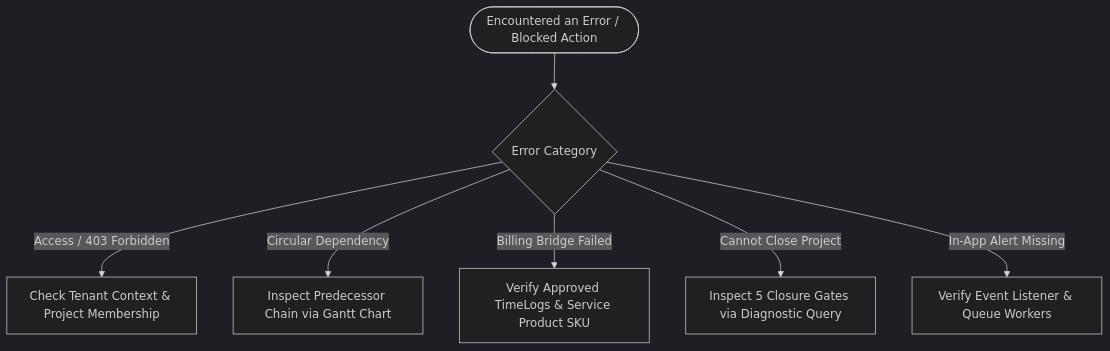
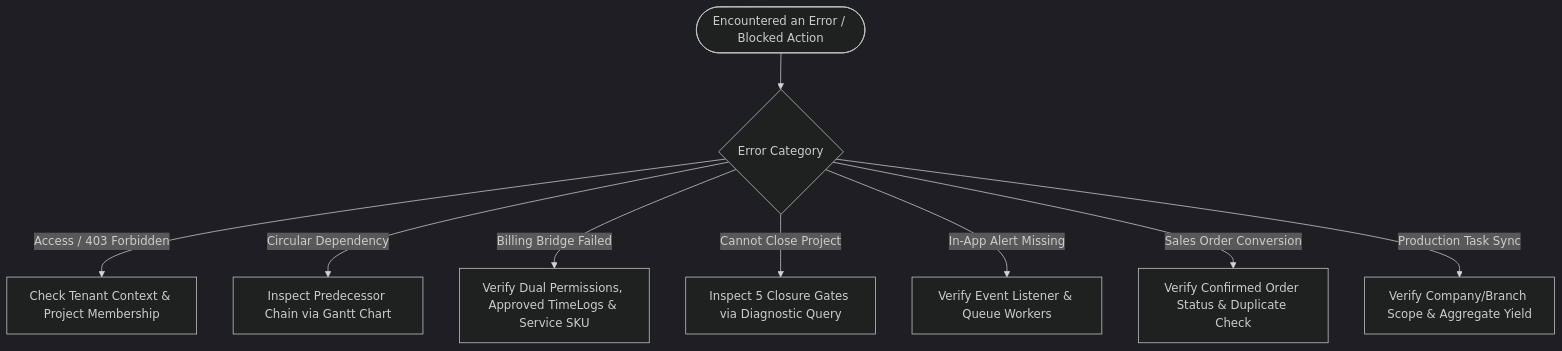
One commit to Warrgyizmorsch/wm-product-saas changed the diagram in docs/user-manuals/project-management/TROUBLESHOOTING.md. Above: the diagram before and after it, drawn with Mermaid (dark theme). The commit also changed other lines of this file and 23 other files, not shown here.

````diff
--- a/docs/user-manuals/project-management/TROUBLESHOOTING.md
+++ b/docs/user-manuals/project-management/TROUBLESHOOTING.md
@@ -5,10 +5,12 @@
 ```mermaid
 flowchart TD
     Issue([Encountered an Error / Blocked Action]) --> CheckType{Error Category}
-    
+
     CheckType -- Access / 403 Forbidden --> SecDiag[Check Tenant Context & Project Membership]
     CheckType -- Circular Dependency --> CPMDiag[Inspect Predecessor Chain via Gantt Chart]
-    CheckType -- Billing Bridge Failed --> BillDiag[Verify Approved TimeLogs & Service Product SKU]
+    CheckType -- Billing Bridge Failed --> BillDiag[Verify Dual Permissions, Approved TimeLogs & Service SKU]
     CheckType -- Cannot Close Project --> GateDiag[Inspect 5 Closure Gates via Diagnostic Query]
     CheckType -- In-App Alert Missing --> QueueDiag[Verify Event Listener & Queue Workers]
+    CheckType -- Sales Order Conversion --> SODiag[Verify Confirmed Order Status & Duplicate Check]
+    CheckType -- Production Task Sync --> ProdDiag[Verify Company/Branch Scope & Aggregate Yield]
 ```
````
